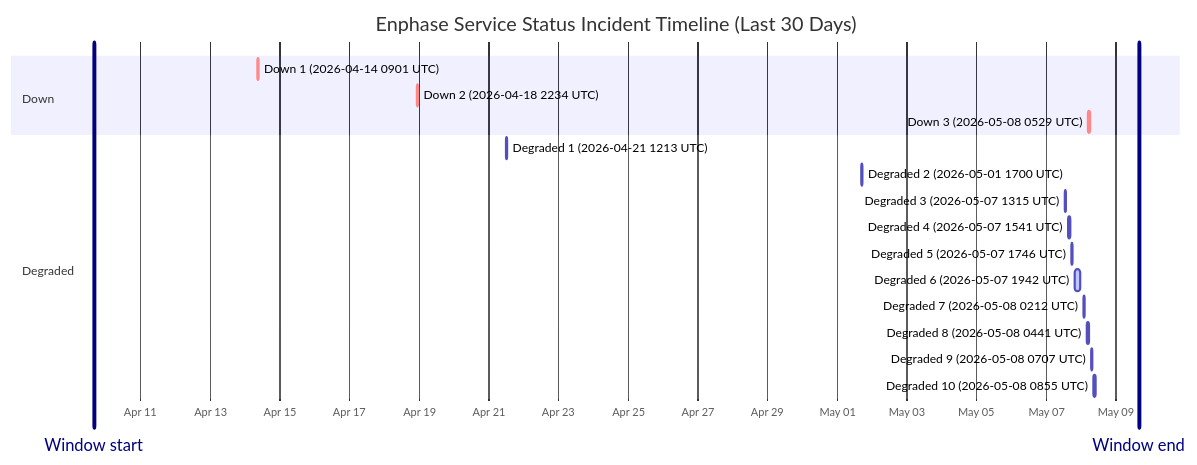
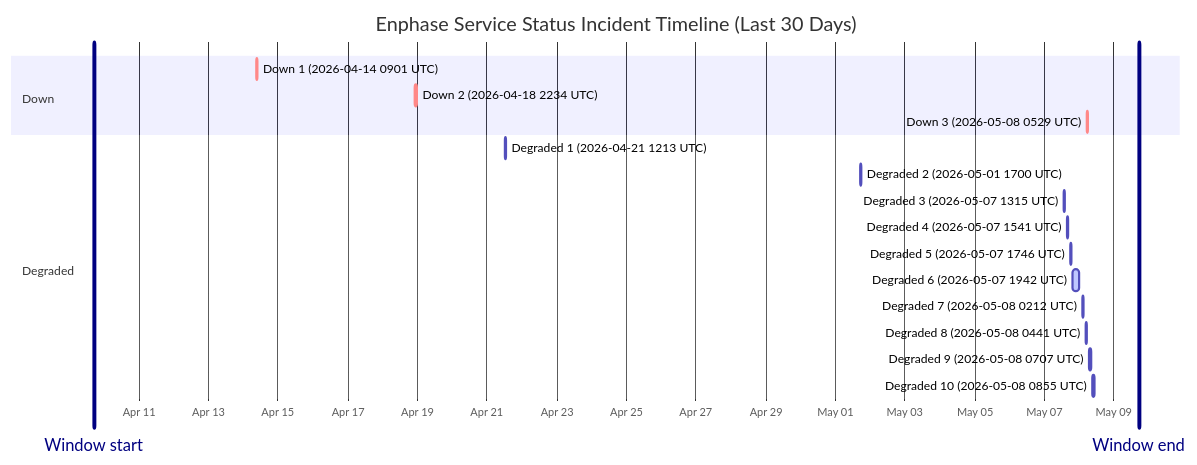
Before and after one commit to barneyonline/ha-enphase-ev-charger: the diagram in wiki/Service-Status-History.md, drawn with Mermaid. The commit also changed other lines of this file and 3 other files, not shown here.

````diff
--- a/wiki/Service-Status-History.md
+++ b/wiki/Service-Status-History.md
@@ -14,23 +14,23 @@
 ```mermaid
 gantt
     title Enphase Service Status Incident Timeline (Last 30 Days)
     dateFormat  YYYY-MM-DDTHH:mm:ss
     axisFormat  %b %d
-    Window start :vert, window-start, 2026-04-09T15:59:15, 0ms
-    Window end :vert, window-end, 2026-05-09T15:59:15, 0ms
+    Window start :vert, window-start, 2026-04-09T17:04:27, 0ms
+    Window end :vert, window-end, 2026-05-09T17:04:27, 0ms
     section Down
     Down 1 (2026-04-14 0901 UTC) :crit, down-1, 2026-04-14T09:01:13, 60m
     Down 2 (2026-04-18 2234 UTC) :crit, down-2, 2026-04-18T22:34:13, 60m
     Down 3 (2026-05-08 0529 UTC) :crit, down-3, 2026-05-08T05:29:47, 60m
     section Degraded
     Degraded 1 (2026-04-21 1213 UTC) :active, degraded-1, 2026-04-21T12:13:11, 60m
     Degraded 2 (2026-05-01 1700 UTC) :active, degraded-2, 2026-05-01T17:00:22, 60m
     Degraded 3 (2026-05-07 1315 UTC) :active, degraded-3, 2026-05-07T13:15:25, 60m
     Degraded 4 (2026-05-07 1541 UTC) :active, degraded-4, 2026-05-07T15:41:58, 60m
     Degraded 5 (2026-05-07 1746 UTC) :active, degraded-5, 2026-05-07T17:46:51, 60m
     Degraded 6 (2026-05-07 1942 UTC) :active, degraded-6, 2026-05-07T19:42:10, 249m
     Degraded 7 (2026-05-08 0212 UTC) :active, degraded-7, 2026-05-08T02:12:39, 60m
     Degraded 8 (2026-05-08 0441 UTC) :active, degraded-8, 2026-05-08T04:41:46, 60m
     Degraded 9 (2026-05-08 0707 UTC) :active, degraded-9, 2026-05-08T07:07:30, 60m
     Degraded 10 (2026-05-08 0855 UTC) :active, degraded-10, 2026-05-08T08:55:20, 88m
 ```
````
